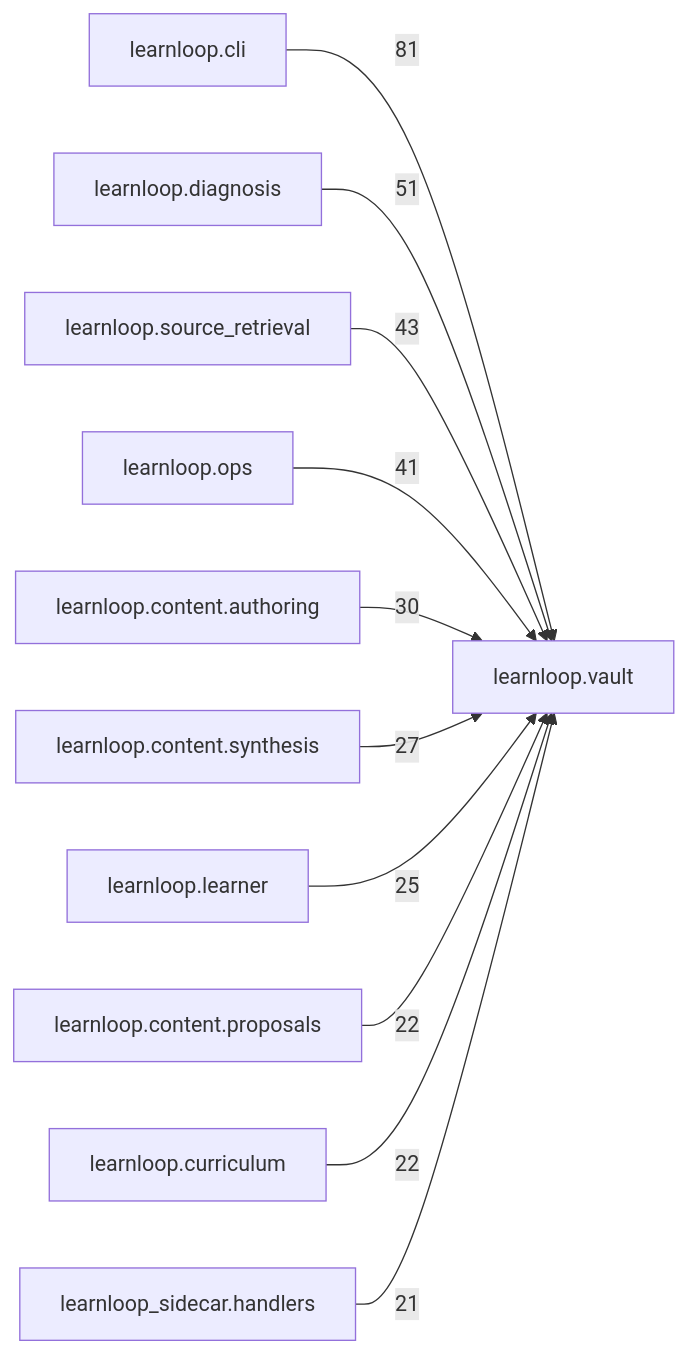
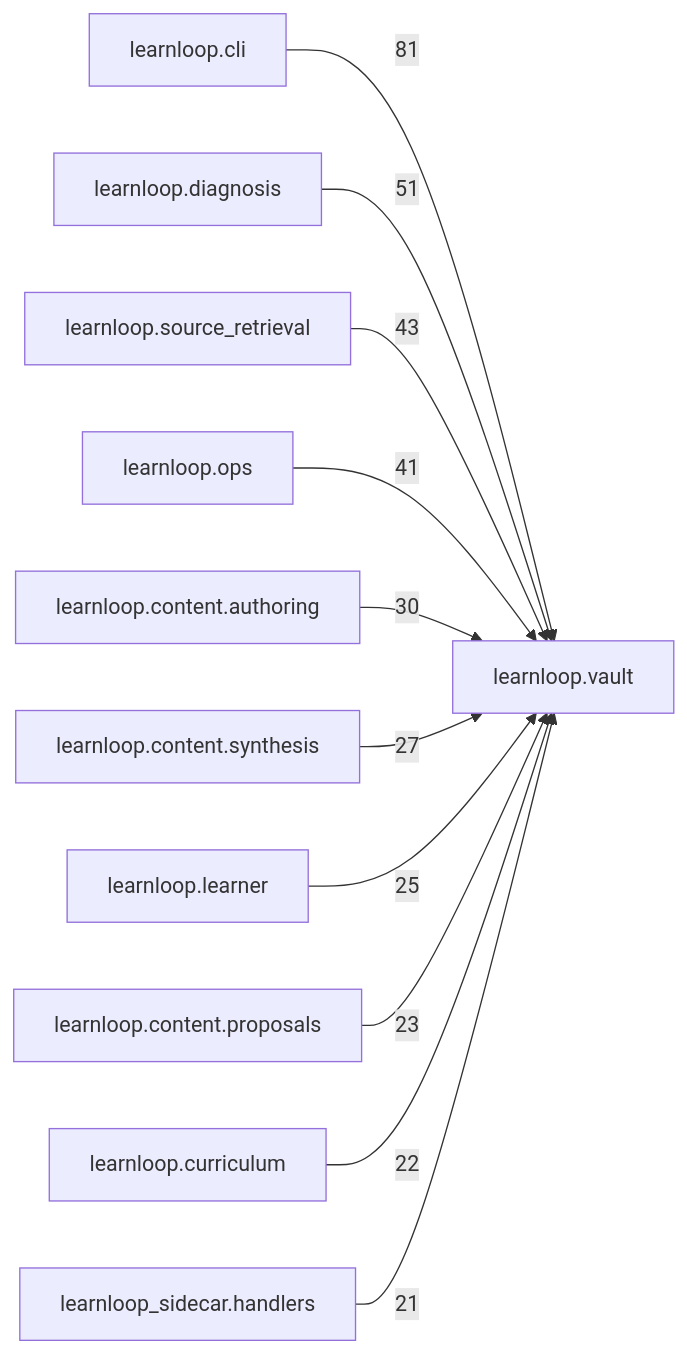
The diagram in docs/learnloop-architecture-vault/Reference/Modules/learnloop/vault/_package.md (6up-b/learnanything), drawn with Mermaid before and after one commit. The commit also changed other lines of this file and 52 other files, not shown here.

````diff
--- a/docs/learnloop-architecture-vault/Reference/Modules/learnloop/vault/_package.md
+++ b/docs/learnloop-architecture-vault/Reference/Modules/learnloop/vault/_package.md
@@ -137,24 +137,24 @@
 ```mermaid
 flowchart LR
     center["learnloop.vault"]
     n_learnloop_cli["learnloop.cli"]
     n_learnloop_diagnosis["learnloop.diagnosis"]
     n_learnloop_source_retrieval["learnloop.source_retrieval"]
     n_learnloop_ops["learnloop.ops"]
     n_learnloop_content_authoring["learnloop.content.authoring"]
     n_learnloop_content_synthesis["learnloop.content.synthesis"]
     n_learnloop_learner["learnloop.learner"]
     n_learnloop_content_proposals["learnloop.content.proposals"]
     n_learnloop_curriculum["learnloop.curriculum"]
     n_learnloop_sidecar_handlers["learnloop_sidecar.handlers"]
     n_learnloop_cli -->|81| center
     n_learnloop_diagnosis -->|51| center
     n_learnloop_source_retrieval -->|43| center
     n_learnloop_ops -->|41| center
     n_learnloop_content_authoring -->|30| center
     n_learnloop_content_synthesis -->|27| center
     n_learnloop_learner -->|25| center
-    n_learnloop_content_proposals -->|22| center
+    n_learnloop_content_proposals -->|23| center
     n_learnloop_curriculum -->|22| center
     n_learnloop_sidecar_handlers -->|21| center
 ```
````
